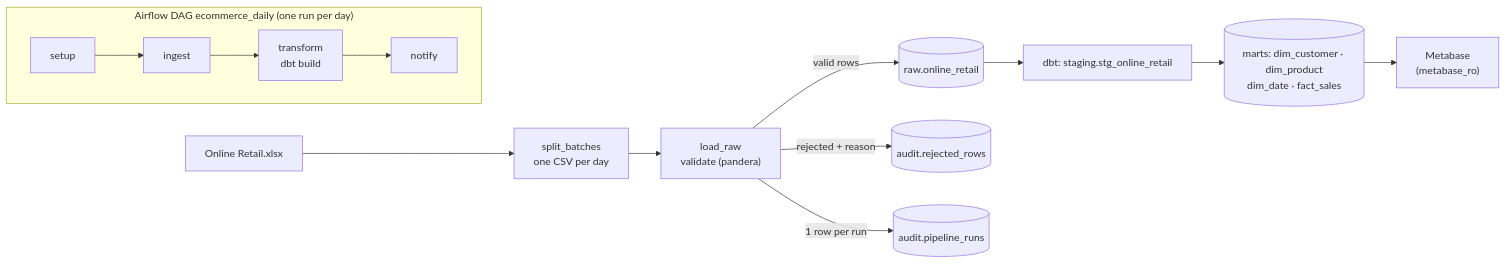
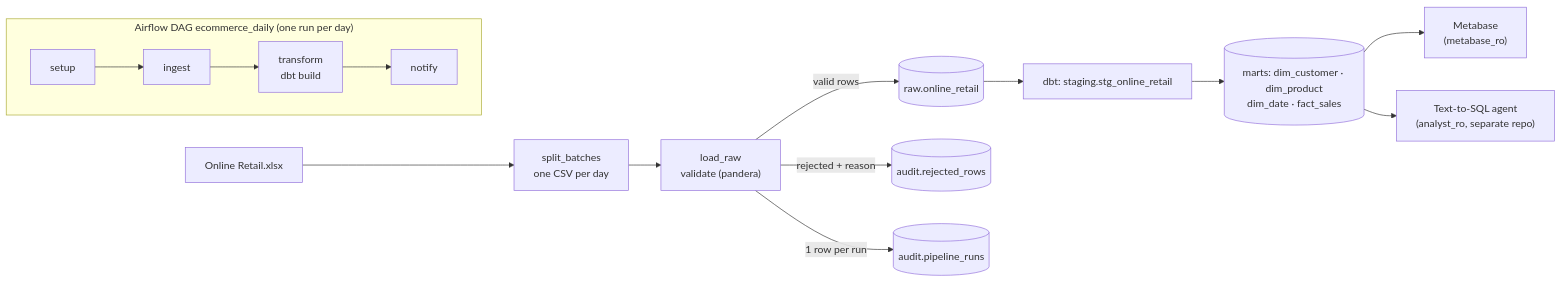
One commit to White481/e-commerce-data-pipeline changed the diagram in README.md. Above: the diagram before and after it, drawn with Mermaid. The commit also changed other lines of this file, not shown here.

Commit message:
docs: link the Text-to-SQL agent repo from the README

````diff
--- a/README.md
+++ b/README.md
@@ -27,16 +30,17 @@
 ```mermaid
 flowchart LR
     src["Online Retail.xlsx"] --> split["split_batches<br/>one CSV per day"]
     split --> load["load_raw<br/>validate (pandera)"]
     load -->|valid rows| raw[("raw.online_retail")]
     load -->|rejected + reason| rej[("audit.rejected_rows")]
     load -->|1 row per run| runs[("audit.pipeline_runs")]
     raw --> stg["dbt: staging.stg_online_retail"]
     stg --> marts[("marts: dim_customer · dim_product<br/>dim_date · fact_sales")]
     marts --> mb["Metabase<br/>(metabase_ro)"]
+    marts --> agent["Text-to-SQL agent<br/>(analyst_ro, separate repo)"]
 
     subgraph airflow["Airflow DAG ecommerce_daily (one run per day)"]
         direction LR
         t1[setup] --> t2[ingest] --> t3["transform<br/>dbt build"] --> t4[notify]
     end
 ```
````
